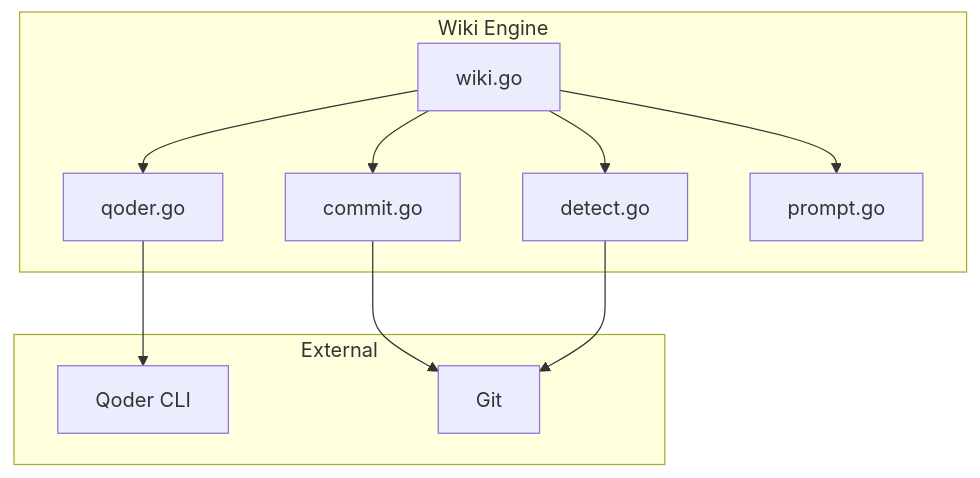
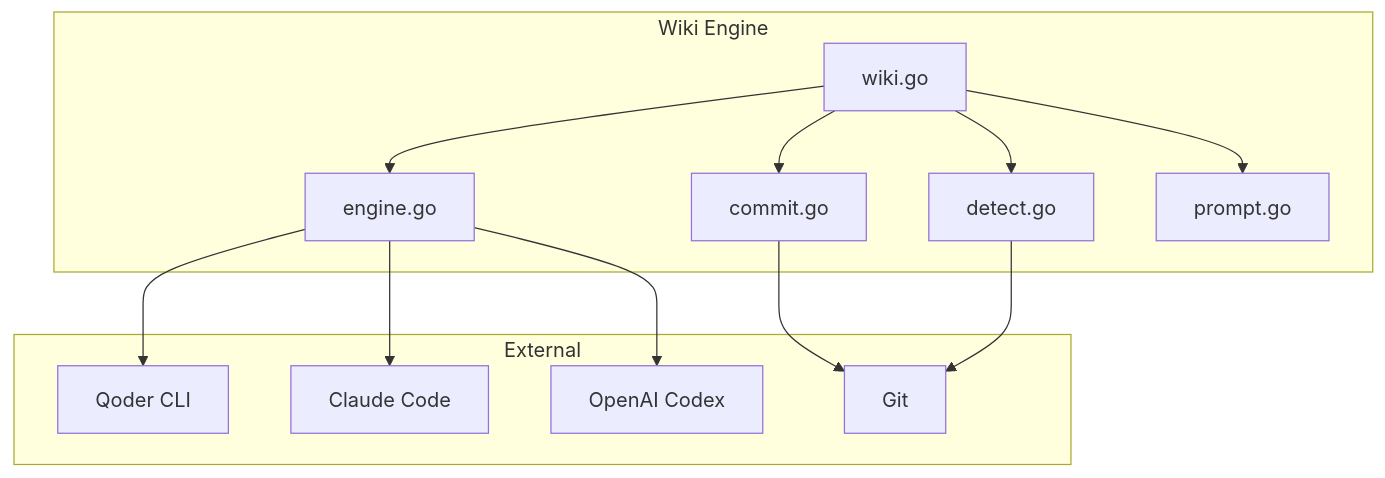
One commit to GoooIce/repowiki changed the diagram in .qoder/repowiki/en/content/Backend Architecture/Wiki Engine.md. Above: the diagram before and after it, drawn with Mermaid. The commit also changed other lines of this file and 9 other files, not shown here.

````diff
--- a/.qoder/repowiki/en/content/Backend Architecture/Wiki Engine.md
+++ b/.qoder/repowiki/en/content/Backend Architecture/Wiki Engine.md
@@ -25,23 +25,27 @@
 ```mermaid
 flowchart TB
     subgraph WikiEngine["Wiki Engine"]
         Wiki["wiki.go"]
-        Qoder["qoder.go"]
+        Engine["engine.go"]
         Commit["commit.go"]
         Detect["detect.go"]
         Prompt["prompt.go"]
     end
 
     subgraph External["External"]
-        QoderCLI["Qoder CLI"]
+        Qoder["Qoder CLI"]
+        Claude["Claude Code"]
+        Codex["OpenAI Codex"]
         Git["Git"]
     end
 
     Wiki --> Prompt
-    Wiki --> Qoder
+    Wiki --> Engine
     Wiki --> Commit
     Wiki --> Detect
-    Qoder --> QoderCLI
+    Engine --> Qoder
+    Engine --> Claude
+    Engine --> Codex
     Commit --> Git
     Detect --> Git
 ```
````
